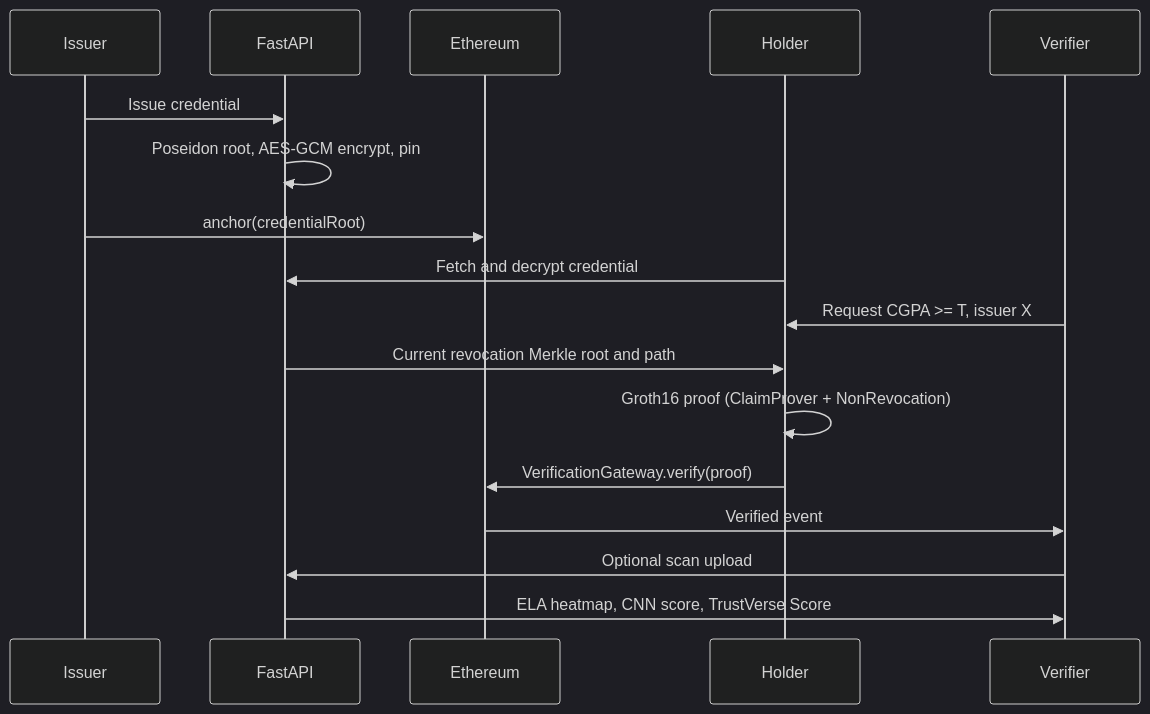
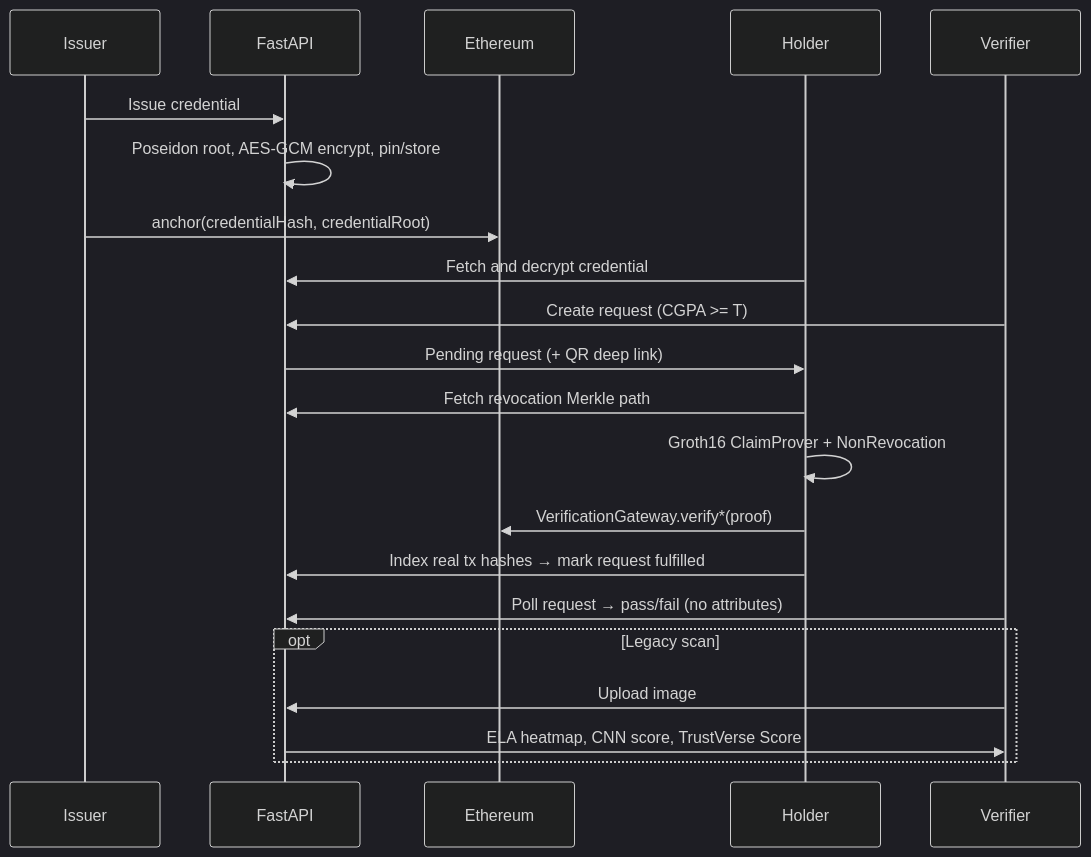
The second of 2 diagrams in docs/architecture.md (Prajyot05/trustverse), drawn with Mermaid (dark theme) before and after one commit. The commit also changed other lines of this file and 33 other files, not shown here.

First line of the commit message:
Update README and API endpoints for demo mode and credential retrieval

````diff
--- a/docs/architecture.md
+++ b/docs/architecture.md
@@ -24,20 +186,24 @@
 ```mermaid
 sequenceDiagram
     participant Issuer
     participant API as FastAPI
     participant Chain as Ethereum
     participant Holder
     participant Verifier
 
     Issuer->>API: Issue credential
-    API->>API: Poseidon root, AES-GCM encrypt, pin
-    Issuer->>Chain: anchor(credentialRoot)
+    API->>API: Poseidon root, AES-GCM encrypt, pin/store
+    Issuer->>Chain: anchor(credentialHash, credentialRoot)
     Holder->>API: Fetch and decrypt credential
-    Verifier->>Holder: Request CGPA >= T, issuer X
-    API->>Holder: Current revocation Merkle root and path
-    Holder->>Holder: Groth16 proof (ClaimProver + NonRevocation)
-    Holder->>Chain: VerificationGateway.verify(proof)
-    Chain->>Verifier: Verified event
-    Verifier->>API: Optional scan upload
-    API->>Verifier: ELA heatmap, CNN score, TrustVerse Score
+    Verifier->>API: Create request (CGPA >= T)
+    API->>Holder: Pending request (+ QR deep link)
+    Holder->>API: Fetch revocation Merkle path
+    Holder->>Holder: Groth16 ClaimProver + NonRevocation
+    Holder->>Chain: VerificationGateway.verify*(proof)
+    Holder->>API: Index real tx hashes → mark request fulfilled
+    Verifier->>API: Poll request → pass/fail (no attributes)
+    opt Legacy scan
+        Verifier->>API: Upload image
+        API->>Verifier: ELA heatmap, CNN score, TrustVerse Score
+    end
 ```
````
